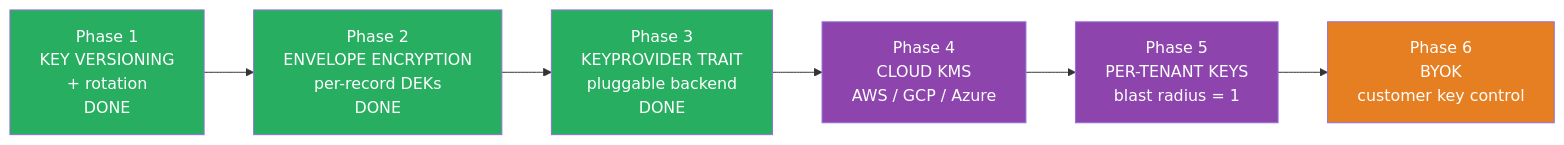
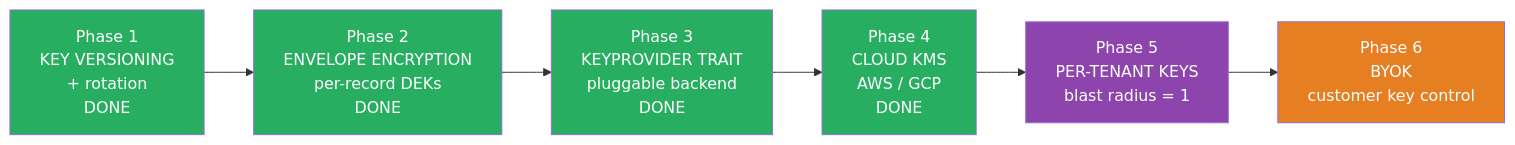
Before and after one commit to ChronoAIProject/NyxID: the fourth of 31 diagrams in docs/ENCRYPTION_ARCHITECTURE.md, drawn with Mermaid. The commit also changed other lines of this file and 26 other files, not shown here.

First line of the commit message:
feat: add Cloud KMS integration with AWS and GCP providers (Phase 4)

````diff
--- a/docs/ENCRYPTION_ARCHITECTURE.md
+++ b/docs/ENCRYPTION_ARCHITECTURE.md
@@ -181,18 +195,18 @@
 ```mermaid
 graph LR
     P1["Phase 1<br/>KEY VERSIONING<br/>+ rotation<br/>DONE"]
     P2["Phase 2<br/>ENVELOPE ENCRYPTION<br/>per-record DEKs<br/>DONE"]
     P3["Phase 3<br/>KEYPROVIDER TRAIT<br/>pluggable backend<br/>DONE"]
-    P4["Phase 4<br/>CLOUD KMS<br/>AWS / GCP / Azure"]
+    P4["Phase 4<br/>CLOUD KMS<br/>AWS / GCP<br/>DONE"]
     P5["Phase 5<br/>PER-TENANT KEYS<br/>blast radius = 1"]
     P6["Phase 6<br/>BYOK<br/>customer key control"]
 
     P1 --> P2 --> P3 --> P4 --> P5 --> P6
 
     style P1 fill:#27ae60,color:#fff
     style P2 fill:#27ae60,color:#fff
     style P3 fill:#27ae60,color:#fff
-    style P4 fill:#8e44ad,color:#fff
+    style P4 fill:#27ae60,color:#fff
     style P5 fill:#8e44ad,color:#fff
     style P6 fill:#e67e22,color:#fff
 ```
````
